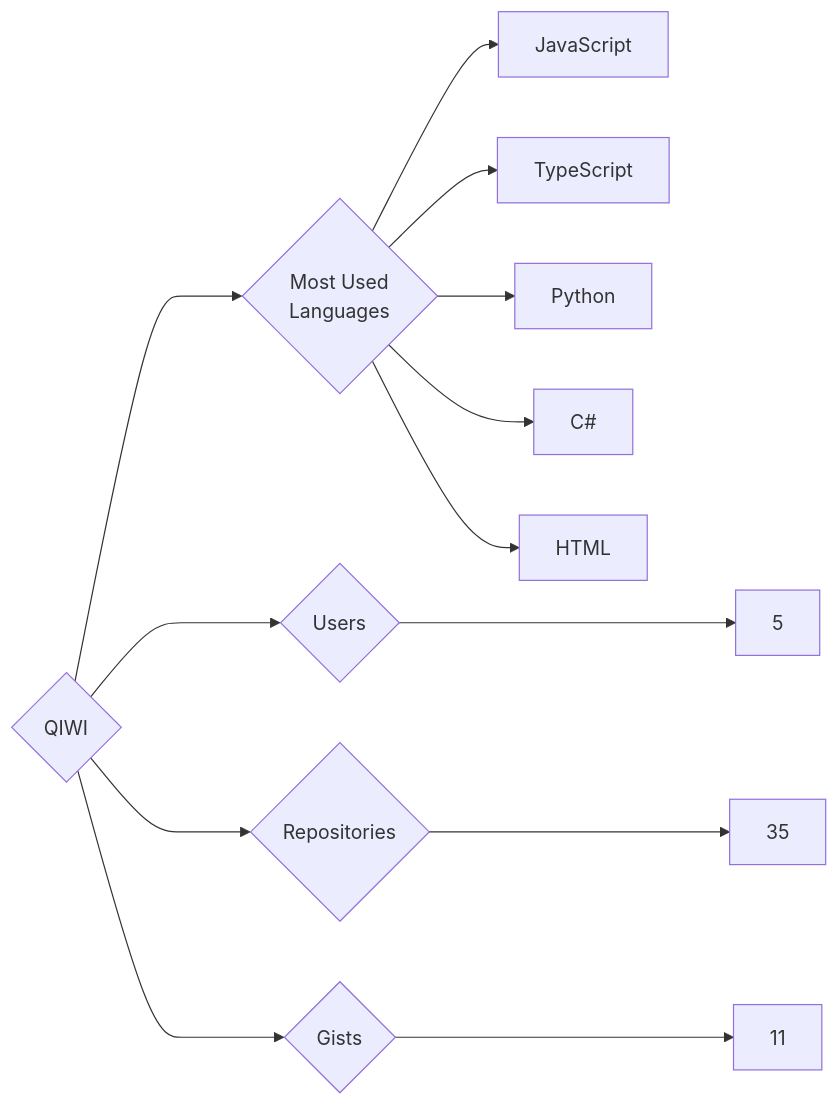
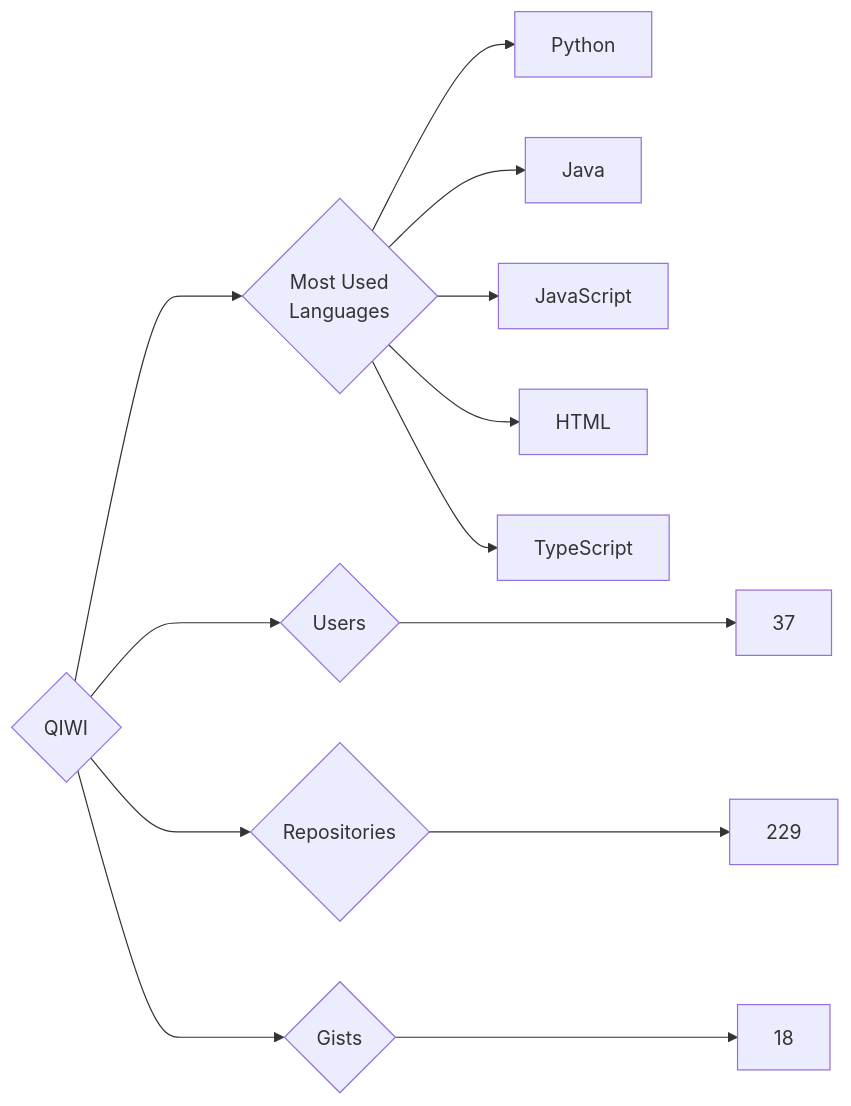
One commit to trickest/insiders changed the diagram in targets/QIWI/README.md. Above: the diagram before and after it, drawn with Mermaid. The commit also changed 878 other files, not shown here.

````diff
--- a/targets/QIWI/README.md
+++ b/targets/QIWI/README.md
@@ -3,13 +3,13 @@
 ```mermaid
 graph LR
 COMPANY_NAME{QIWI}
-COMPANY_NAME ---> U{Users} ---> UN[5]
-COMPANY_NAME ---> R{Repositories} ---> RN[35]
-COMPANY_NAME ---> G{Gists} ---> GN[11]
+COMPANY_NAME ---> U{Users} ---> UN[37]
+COMPANY_NAME ---> R{Repositories} ---> RN[229]
+COMPANY_NAME ---> G{Gists} ---> GN[18]
 COMPANY_NAME ---> ML{Most Used<br>Languages}
+ML --> Python[Python]
+ML --> Java[Java]
 ML --> JavaScript[JavaScript]
+ML --> HTML[HTML]
 ML --> TypeScript[TypeScript]
-ML --> Python[Python]
-ML --> C#[C#]
-ML --> HTML[HTML]
 ```
````
